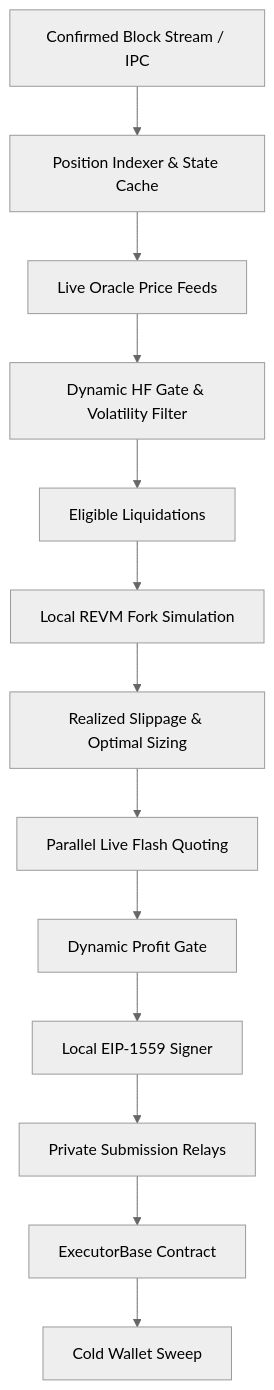
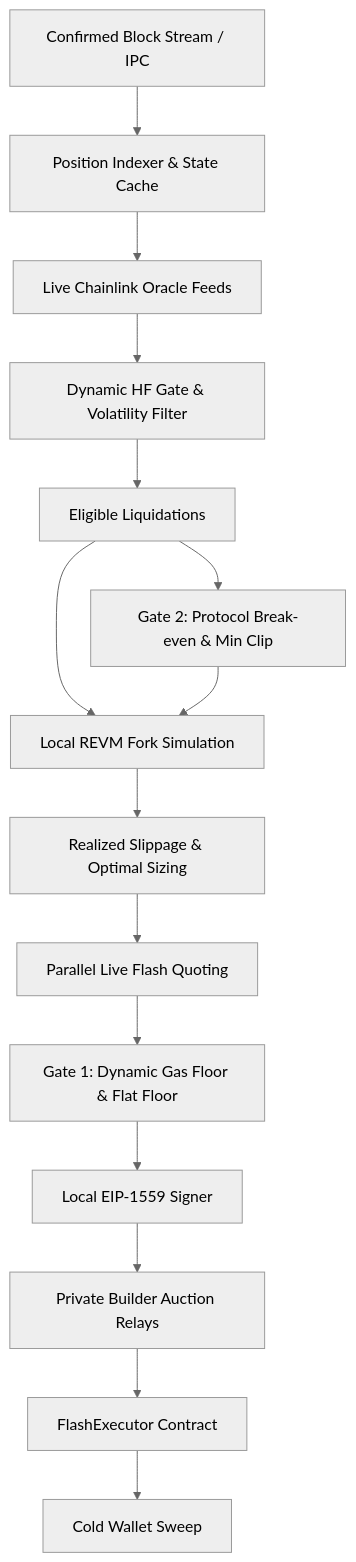
Before and after one commit to Xtley001/goshawk: the diagram in docs/ARCHITECTURE.md, drawn with Mermaid (neutral theme). The commit also changed other lines of this file and 26 other files, not shown here.

````diff
--- a/docs/ARCHITECTURE.md
+++ b/docs/ARCHITECTURE.md
@@ -7,15 +7,17 @@
 ```mermaid
 flowchart TD
     BlockStream[Confirmed Block Stream / IPC] --> Indexer[Position Indexer & State Cache]
-    Indexer --> PriceFeed[Live Oracle Price Feeds]
+    Indexer --> PriceFeed[Live Chainlink Oracle Feeds]
     PriceFeed --> HfEngine[Dynamic HF Gate & Volatility Filter]
     HfEngine --> Candidates[Eligible Liquidations]
     Candidates --> REVM[Local REVM Fork Simulation]
+    Candidates --> Gate2[Gate 2: Protocol Break-even & Min Clip]
+    Gate2 --> REVM
     REVM --> Sizing[Realized Slippage & Optimal Sizing]
     Sizing --> FlashRouter[Parallel Live Flash Quoting]
-    FlashRouter --> ProfitGate[Dynamic Profit Gate]
-    ProfitGate --> Signer[Local EIP-1559 Signer]
-    Signer --> PrivateRelay[Private Submission Relays]
-    PrivateRelay --> OnChain[ExecutorBase Contract]
+    FlashRouter --> Gate1[Gate 1: Dynamic Gas Floor & Flat Floor]
+    Gate1 --> Signer[Local EIP-1559 Signer]
+    Signer --> PrivateRelay[Private Builder Auction Relays]
+    PrivateRelay --> OnChain[FlashExecutor Contract]
     OnChain --> Sweep[Cold Wallet Sweep]
 ```
````
